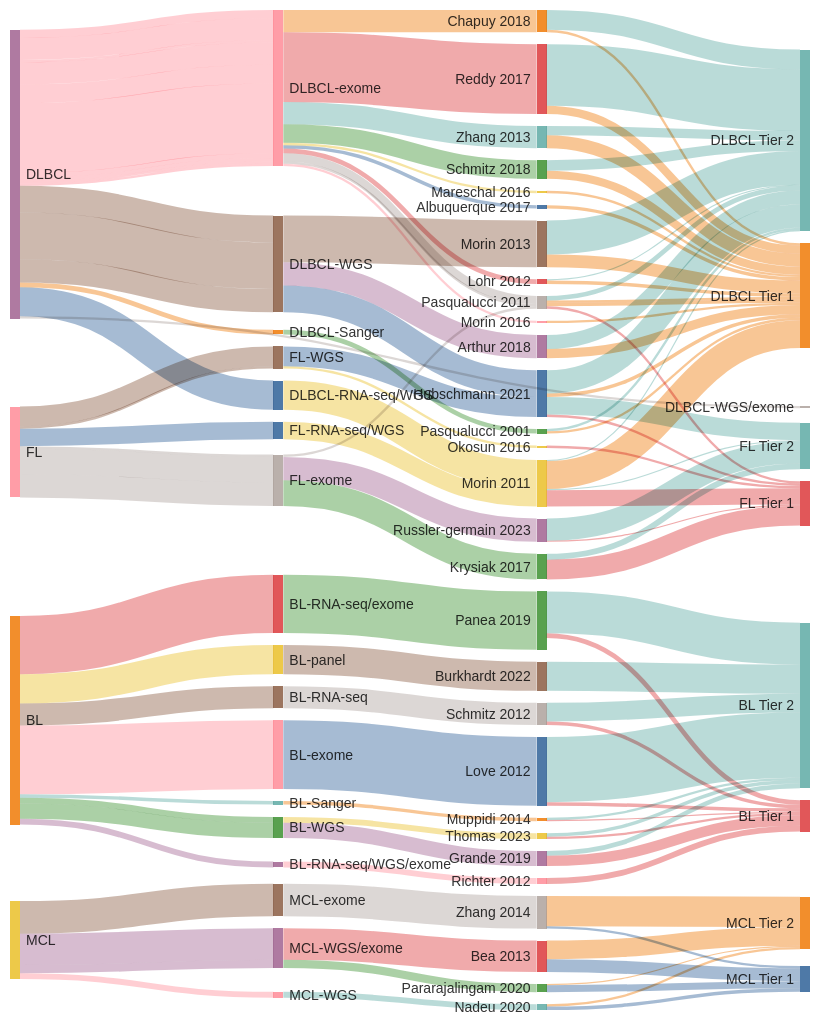
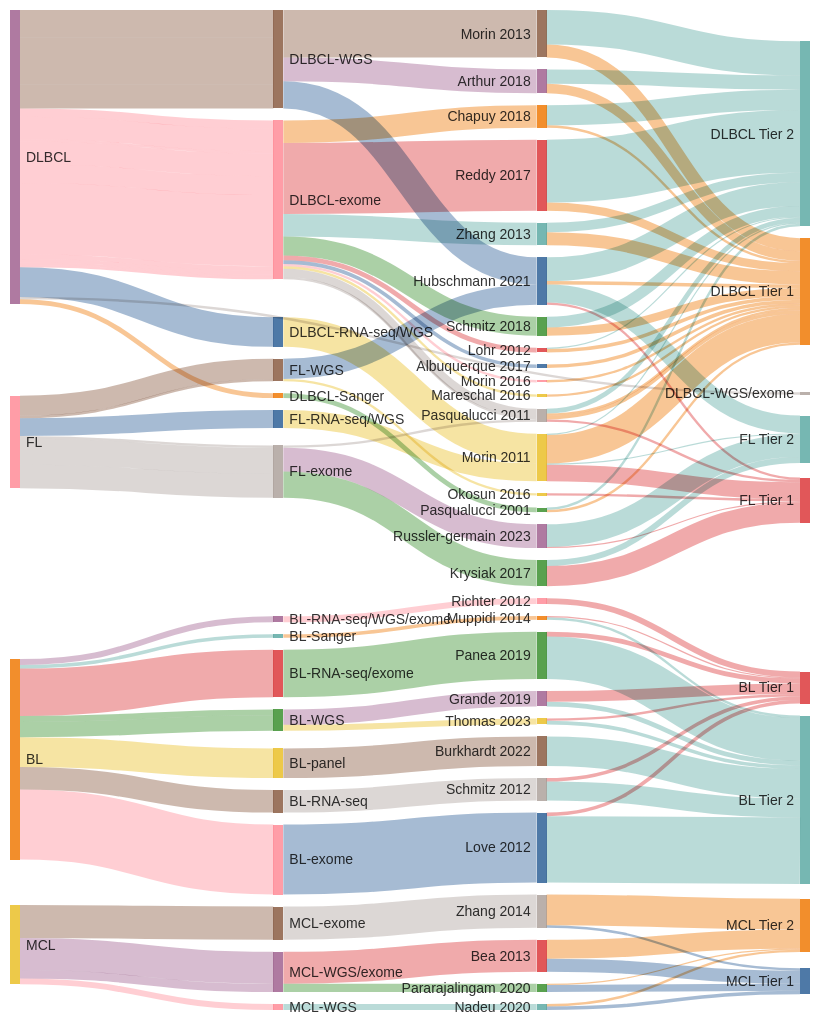
Before and after one commit to morinlab/lymphopedia: the diagram in Home.md, drawn with Mermaid.

```diff
--- a/Home.md
+++ b/Home.md
@@ -125,8 +125,8 @@
 Schmitz 2012, BL Tier 2, 16
 Love 2012, BL Tier 1, 3
 Love 2012, BL Tier 2, 56
-BL, BL-RNA-seq/exome, 50
-BL-RNA-seq/exome, Panea 2019, 50
+BL, BL-RNA-seq/exome, 40
+BL-RNA-seq/exome, Panea 2019, 40
 BL, BL-Sanger, 3
 BL-Sanger, Muppidi 2014, 3
 BL, BL-WGS, 5
```
